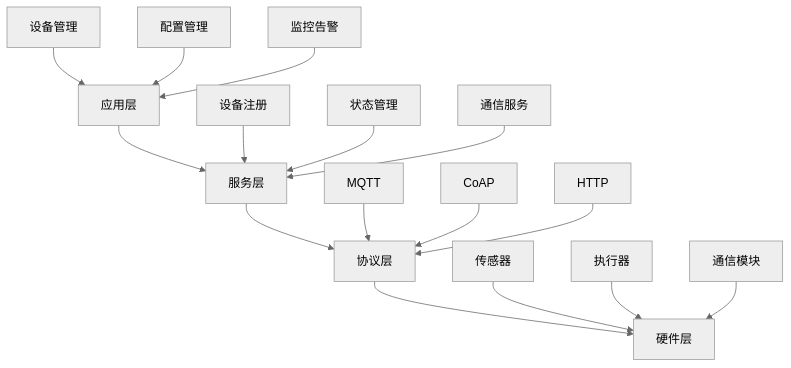
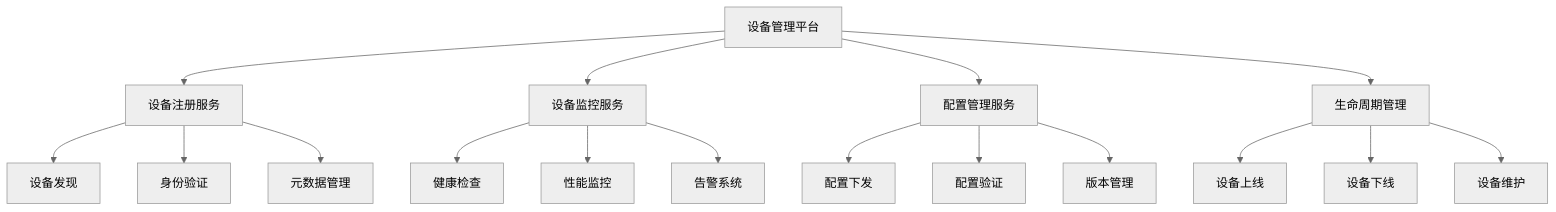
Before and after one commit to AdaMartin18010/common: the diagram in docs/refactor/05-Industry-Domains/03-IoT/01-Device-Management-Platform/README.md, drawn with Mermaid (neutral theme). The commit also changed other lines of this file, not shown here.

````diff
--- a/docs/refactor/05-Industry-Domains/03-IoT/01-Device-Management-Platform/README.md
+++ b/docs/refactor/05-Industry-Domains/03-IoT/01-Device-Management-Platform/README.md
@@ -32,22 +78,23 @@
 ```mermaid
 graph TB
-    A[应用层] --> B[服务层]
-    B --> C[协议层]
-    C --> D[硬件层]
+    A[设备管理平台] --> B[设备注册服务]
+    A --> C[设备监控服务]
+    A --> D[配置管理服务]
+    A --> E[生命周期管理]
     
-    A1[设备管理] --> A
-    A2[配置管理] --> A
-    A3[监控告警] --> A
+    B --> F[设备发现]
+    B --> G[身份验证]
+    B --> H[元数据管理]
     
-    B1[设备注册] --> B
-    B2[状态管理] --> B
-    B3[通信服务] --> B
+    C --> I[健康检查]
+    C --> J[性能监控]
+    C --> K[告警系统]
     
-    C1[MQTT] --> C
-    C2[CoAP] --> C
-    C3[HTTP] --> C
+    D --> L[配置下发]
+    D --> M[配置验证]
+    D --> N[版本管理]
     
-    D1[传感器] --> D
-    D2[执行器] --> D
-    D3[通信模块] --> D
+    E --> O[设备上线]
+    E --> P[设备下线]
+    E --> Q[设备维护]
 ```
````
